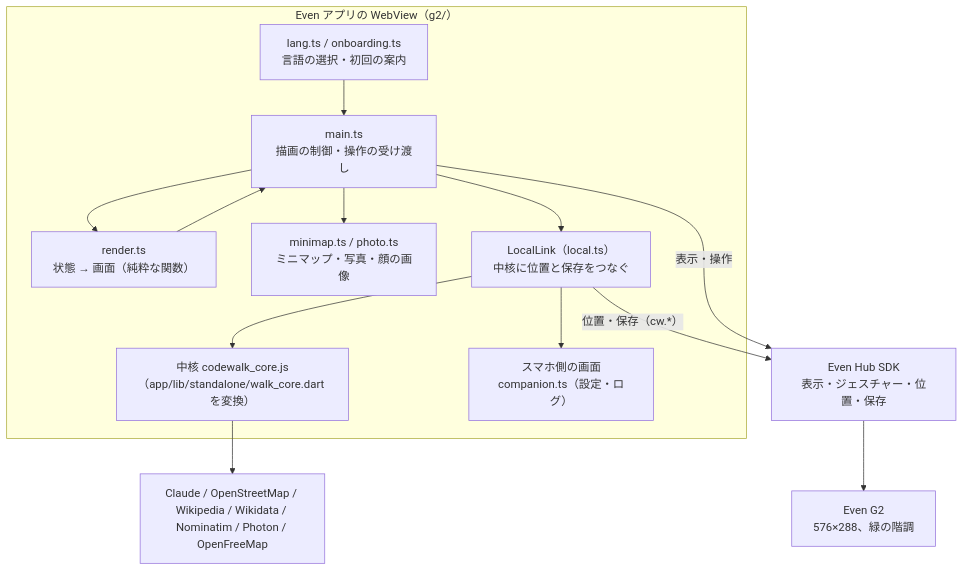
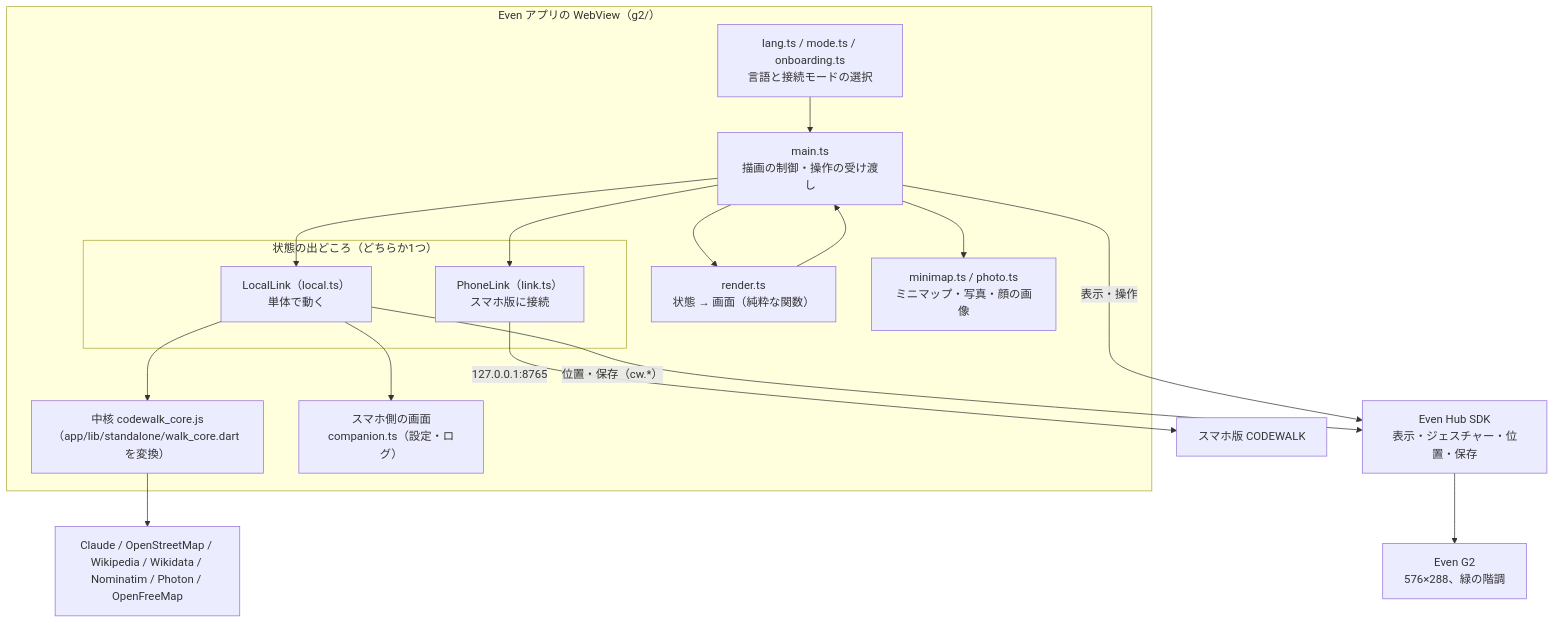
Before and after one commit to dimethylether261/eveng2_codewalk: the third of 5 diagrams in design.md, drawn with Mermaid. The commit also changed other lines of this file and 25 other files, not shown here.

First line of the commit message:
Link the glasses app to the Android app, behind a pairing code

````diff
--- a/design.md
+++ b/design.md
@@ -92,24 +101,29 @@
 ```mermaid
 flowchart TB
   subgraph webview["Even アプリの WebView（g2/）"]
     main["main.ts<br/>描画の制御・操作の受け渡し"]
     render["render.ts<br/>状態 → 画面（純粋な関数）"]
     images["minimap.ts / photo.ts<br/>ミニマップ・写真・顔の画像"]
-    lang["lang.ts / onboarding.ts<br/>言語の選択・初回の案内"]
-    localLink["LocalLink（local.ts）<br/>中核に位置と保存をつなぐ"]
+    lang["lang.ts / mode.ts / onboarding.ts<br/>言語と接続モードの選択"]
+    subgraph sources["状態の出どころ（どちらか1つ）"]
+      phoneLink["PhoneLink（link.ts）<br/>スマホ版に接続"]
+      localLink["LocalLink（local.ts）<br/>単体で動く"]
+    end
     core["中核 codewalk_core.js<br/>（app/lib/standalone/walk_core.dart を変換）"]
     companion["スマホ側の画面<br/>companion.ts（設定・ログ）"]
   end
   sdk["Even Hub SDK<br/>表示・ジェスチャー・位置・保存"]
   glasses["Even G2<br/>576×288、緑の階調"]
 
   lang --> main
   main --> render --> main
   main --> images
+  main --> phoneLink
   main --> localLink
+  phoneLink -- "127.0.0.1:8765" --> codewalkApp["スマホ版 CODEWALK"]
   localLink --> core
   core --> ext["Claude / OpenStreetMap / Wikipedia / Wikidata / Nominatim / Photon / OpenFreeMap"]
   localLink --> companion
   localLink -- "位置・保存（cw.*）" --> sdk
   main -- "表示・操作" --> sdk --> glasses
 ```
````
